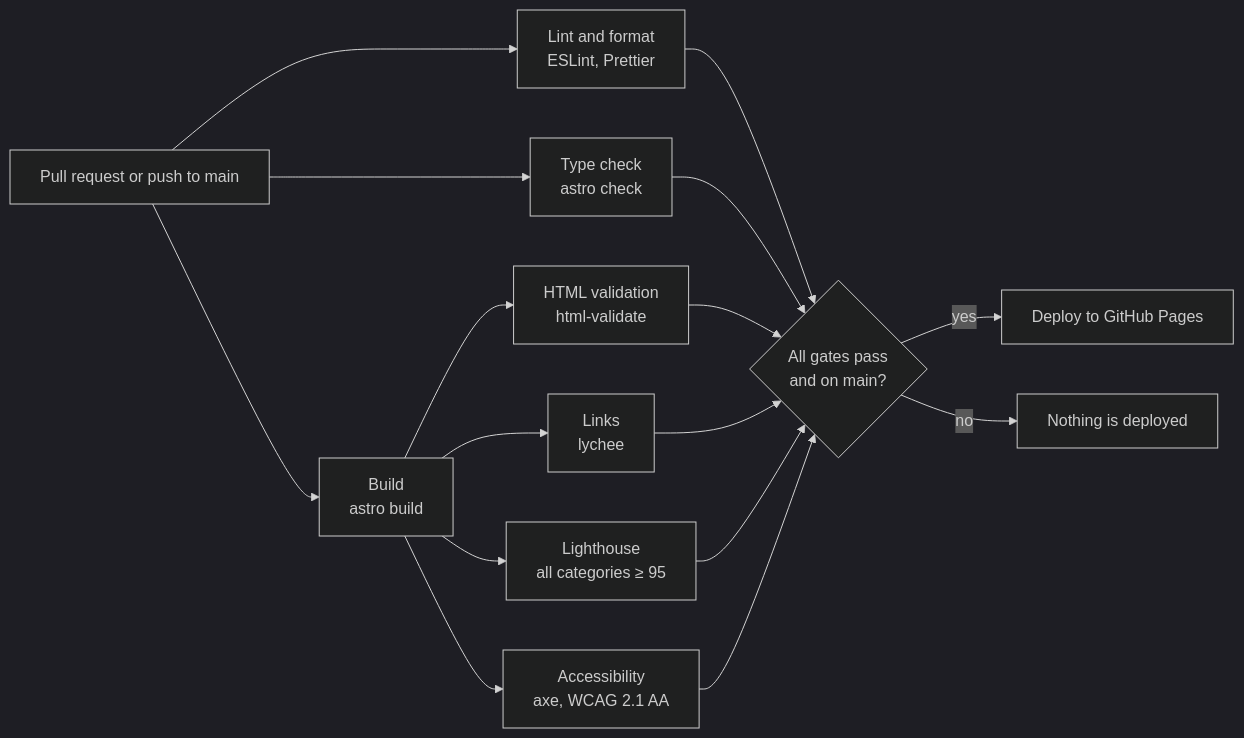
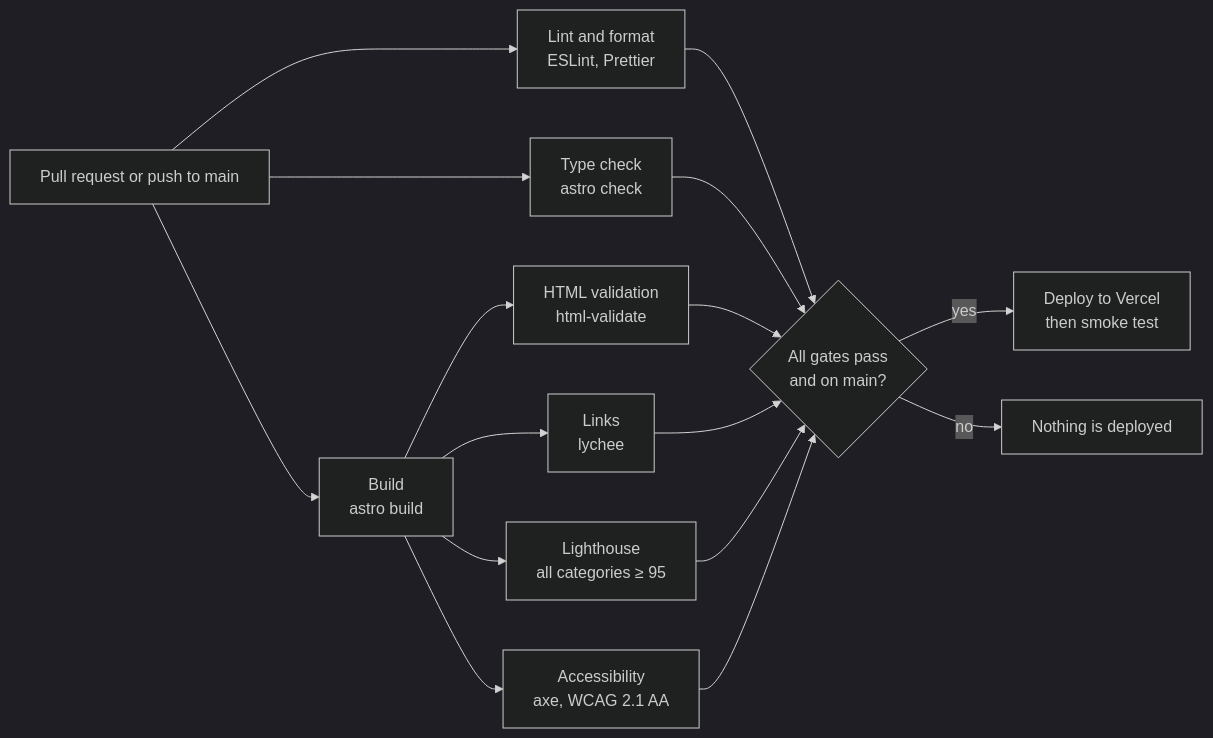
Before and after one commit to Ca15y/Ca15y.github.io: the diagram in README.md, drawn with Mermaid (dark theme). The commit also changed other lines of this file and 8 other files, not shown here.

Commit message:
feat: deploy to vercel instead of github pages

````diff
--- a/README.md
+++ b/README.md
@@ -12,18 +12,18 @@
 ```mermaid
 flowchart LR
     PR[Pull request or push to main] --> Lint[Lint and format<br/>ESLint, Prettier]
     PR --> Types[Type check<br/>astro check]
     PR --> Build[Build<br/>astro build]
     Build --> HTML[HTML validation<br/>html-validate]
     Build --> Links[Links<br/>lychee]
     Build --> LH[Lighthouse<br/>all categories ≥ 95]
     Build --> Axe[Accessibility<br/>axe, WCAG 2.1 AA]
     Lint --> Gate{All gates pass<br/>and on main?}
     Types --> Gate
     HTML --> Gate
     Links --> Gate
     LH --> Gate
     Axe --> Gate
-    Gate -->|yes| Deploy[Deploy to GitHub Pages]
+    Gate -->|yes| Deploy[Deploy to Vercel<br/>then smoke test]
     Gate -->|no| Stop[Nothing is deployed]
 ```
````
